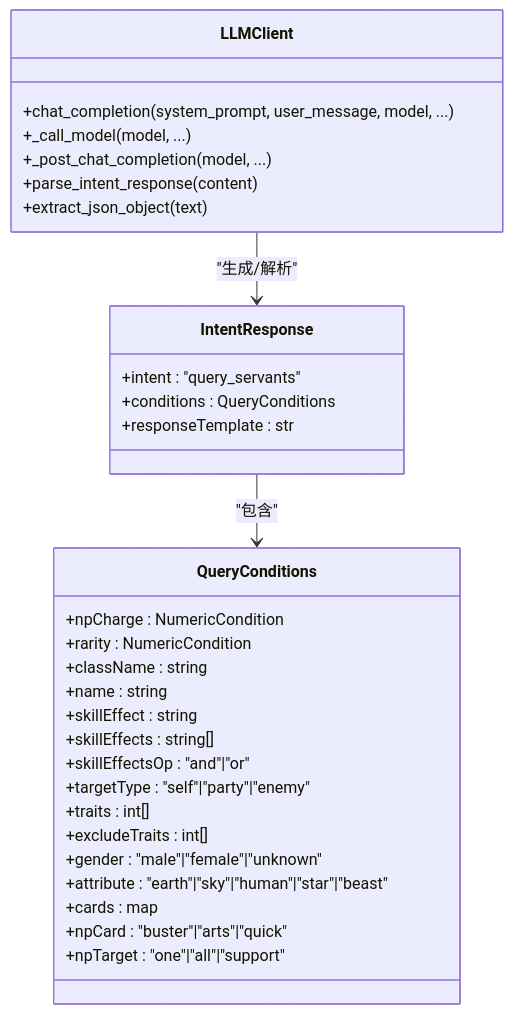
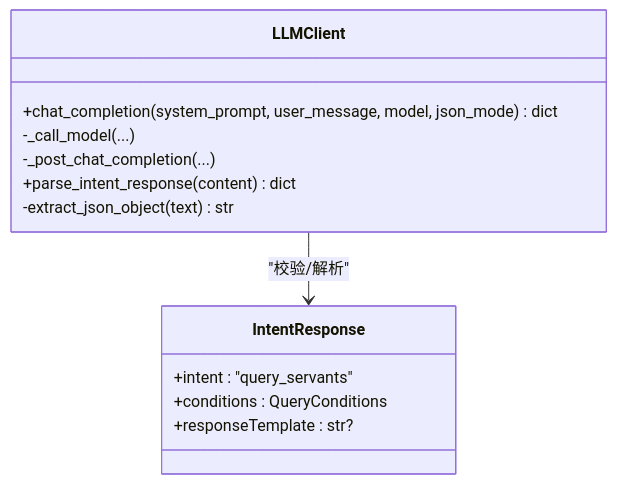
One commit to kanoha222/Laplace changed the fourth of 8 diagrams in .qoder/repowiki/zh/content/项目概述.md. Above: the diagram before and after it, drawn with Mermaid. The commit also changed other lines of this file and 54 other files, not shown here.

````diff
--- a/.qoder/repowiki/zh/content/项目概述.md
+++ b/.qoder/repowiki/zh/content/项目概述.md
@@ -180,34 +196,16 @@
 ```mermaid
 classDiagram
 class LLMClient {
-+chat_completion(system_prompt, user_message, model, ...)
-+_call_model(model, ...)
-+_post_chat_completion(model, ...)
-+parse_intent_response(content)
-+extract_json_object(text)
++chat_completion(system_prompt, user_message, model, json_mode) dict
+-_call_model(...)
+-_post_chat_completion(...)
++parse_intent_response(content) dict
+-extract_json_object(text) str
 }
 class IntentResponse {
 +intent : "query_servants"
 +conditions : QueryConditions
-+responseTemplate : str
++responseTemplate : str?
 }
-class QueryConditions {
-+npCharge : NumericCondition
-+rarity : NumericCondition
-+className : string
-+name : string
-+skillEffect : string
-+skillEffects : string[]
-+skillEffectsOp : "and"|"or"
-+targetType : "self"|"party"|"enemy"
-+traits : int[]
-+excludeTraits : int[]
-+gender : "male"|"female"|"unknown"
-+attribute : "earth"|"sky"|"human"|"star"|"beast"
-+cards : map
-+npCard : "buster"|"arts"|"quick"
-+npTarget : "one"|"all"|"support"
-}
-LLMClient --> IntentResponse : "生成/解析"
-IntentResponse --> QueryConditions : "包含"
+LLMClient --> IntentResponse : "校验/解析"
 ```
````
